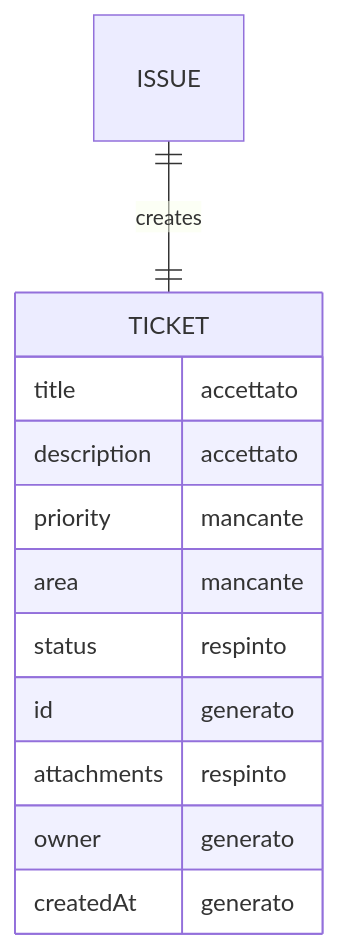
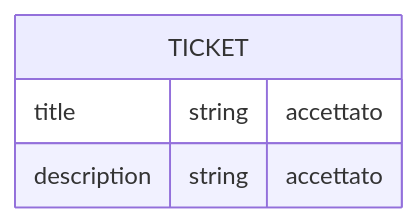
Before and after one commit to DiegoFatVega/aicu-l06-ticketing-contract: the diagram in template/data-sketch-create-ticket.md, drawn with Mermaid.

Commit message:
Modify TICKET entity in data-sketch-create-ticket.md
Updated the TICKET entity in the Mermaid diagram to include type annotations for title and description.

````diff
--- a/template/data-sketch-create-ticket.md
+++ b/template/data-sketch-create-ticket.md
@@ -46,17 +46,9 @@
 ```mermaid
 erDiagram
-    "ISSUE" ||--|| TICKET : creates
     TICKET {
-        title accettato 
-        description accettato
-        priority mancante
-        area mancante
-        status respinto
-        id generato
-        attachments respinto
-        owner generato
-        createdAt generato
+        title string "accettato" 
+        description string "accettato"
  
     }
 
 ```
````
